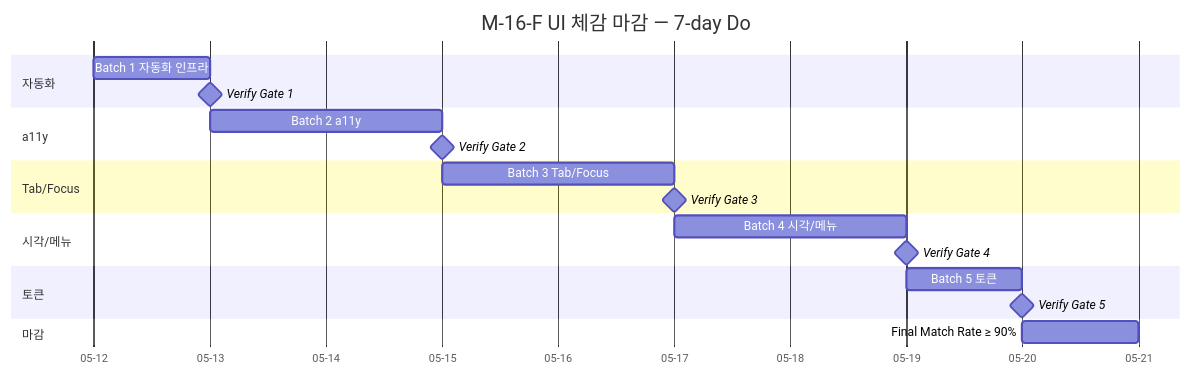
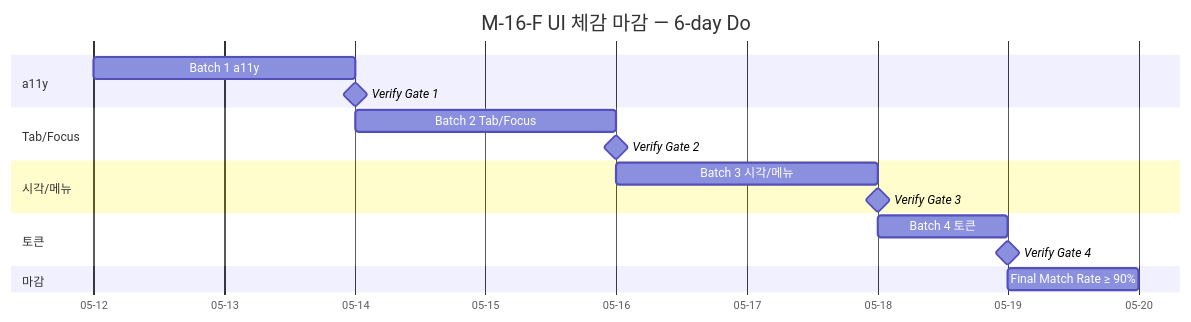
One commit to solitasroh/ghostwin changed the second of 2 diagrams in docs/02-design/features/m16-f-ui-completion.design.md. Above: the diagram before and after it, drawn with Mermaid. The commit also changed other lines of this file and 2 other files, not shown here.

````diff
--- a/docs/02-design/features/m16-f-ui-completion.design.md
+++ b/docs/02-design/features/m16-f-ui-completion.design.md
@@ -463,23 +287,20 @@
 ```mermaid
 gantt
-    title M-16-F UI 체감 마감 — 7-day Do
+    title M-16-F UI 체감 마감 — 6-day Do
     dateFormat YYYY-MM-DD
     axisFormat %m-%d
-    section 자동화
-    Batch 1 자동화 인프라        :b1, 2026-05-12, 1d
+    section a11y
+    Batch 1 a11y                  :b1, 2026-05-12, 2d
     Verify Gate 1                 :milestone, after b1, 0d
-    section a11y
-    Batch 2 a11y                  :b2, after b1, 2d
+    section Tab/Focus
+    Batch 2 Tab/Focus             :b2, after b1, 2d
     Verify Gate 2                 :milestone, after b2, 0d
-    section Tab/Focus
-    Batch 3 Tab/Focus             :b3, after b2, 2d
+    section 시각/메뉴
+    Batch 3 시각/메뉴             :b3, after b2, 2d
     Verify Gate 3                 :milestone, after b3, 0d
-    section 시각/메뉴
-    Batch 4 시각/메뉴             :b4, after b3, 2d
+    section 토큰
+    Batch 4 토큰                  :b4, after b3, 1d
     Verify Gate 4                 :milestone, after b4, 0d
-    section 토큰
-    Batch 5 토큰                  :b5, after b4, 1d
-    Verify Gate 5                 :milestone, after b5, 0d
     section 마감
-    Final Match Rate ≥ 90%       :final, after b5, 1d
+    Final Match Rate ≥ 90%       :final, after b4, 1d
 ```
````
